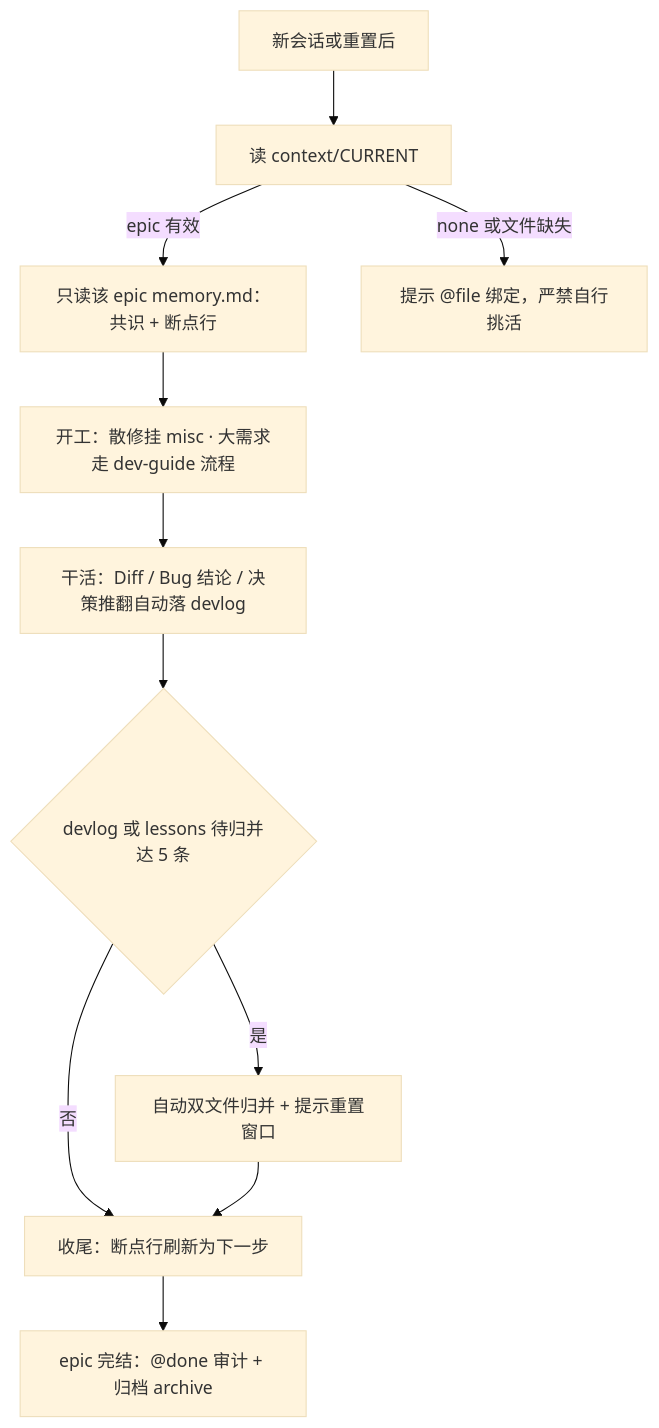
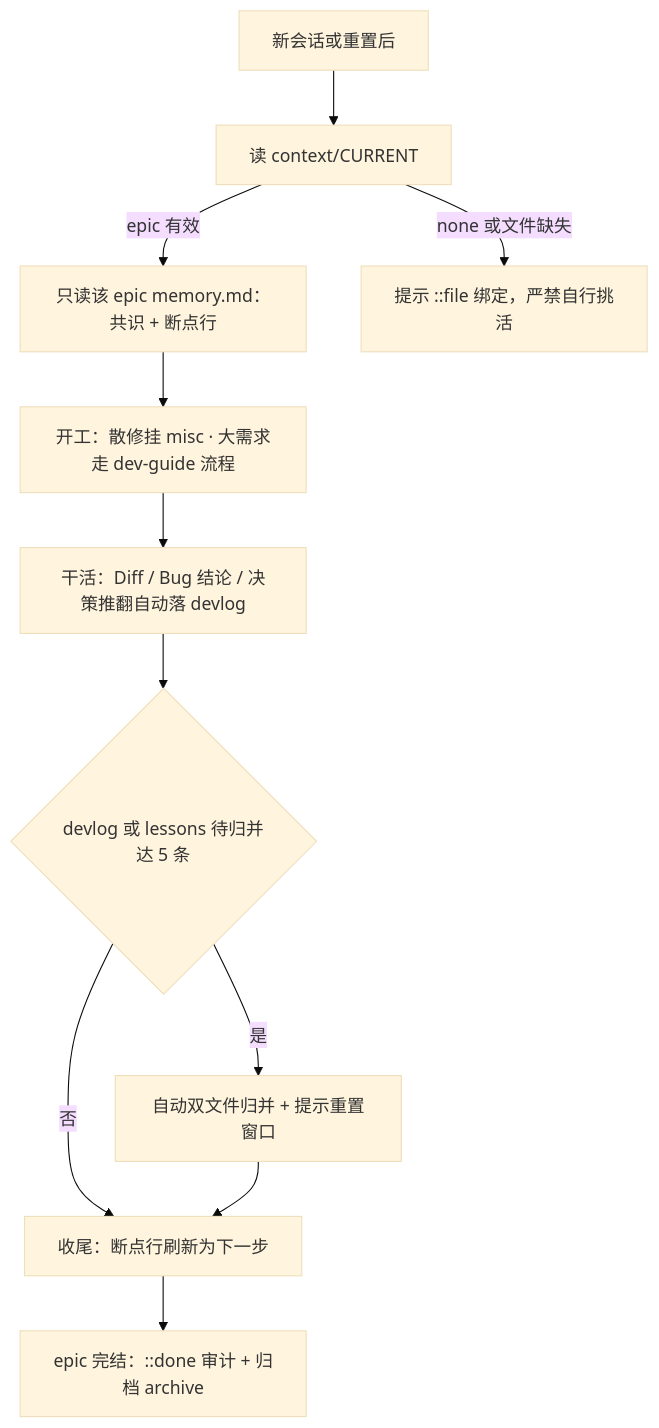
The third of 4 diagrams in README.md (loveheng/skill-system), drawn with Mermaid (base theme) before and after one commit. The commit also changed other lines of this file and 9 other files, not shown here.

````diff
--- a/README.md
+++ b/README.md
@@ -177,13 +180,13 @@
 ```mermaid
 flowchart TD
     S[新会话或重置后] --> R[读 context/CURRENT]
     R -->|epic 有效| M[只读该 epic memory.md：共识 + 断点行]
-    R -->|none 或文件缺失| A[提示 @file 绑定，严禁自行挑活]
+    R -->|none 或文件缺失| A[提示 ::file 绑定，严禁自行挑活]
     M --> K[开工：散修挂 misc · 大需求走 dev-guide 流程]
     K --> D[干活：Diff / Bug 结论 / 决策推翻自动落 devlog]
     D --> T{devlog 或 lessons 待归并达 5 条}
     T -->|是| MG[自动双文件归并 + 提示重置窗口]
     T -->|否| E[收尾：断点行刷新为下一步]
     MG --> E
-    E --> X[epic 完结：@done 审计 + 归档 archive]
+    E --> X[epic 完结：::done 审计 + 归档 archive]
 ```
````
